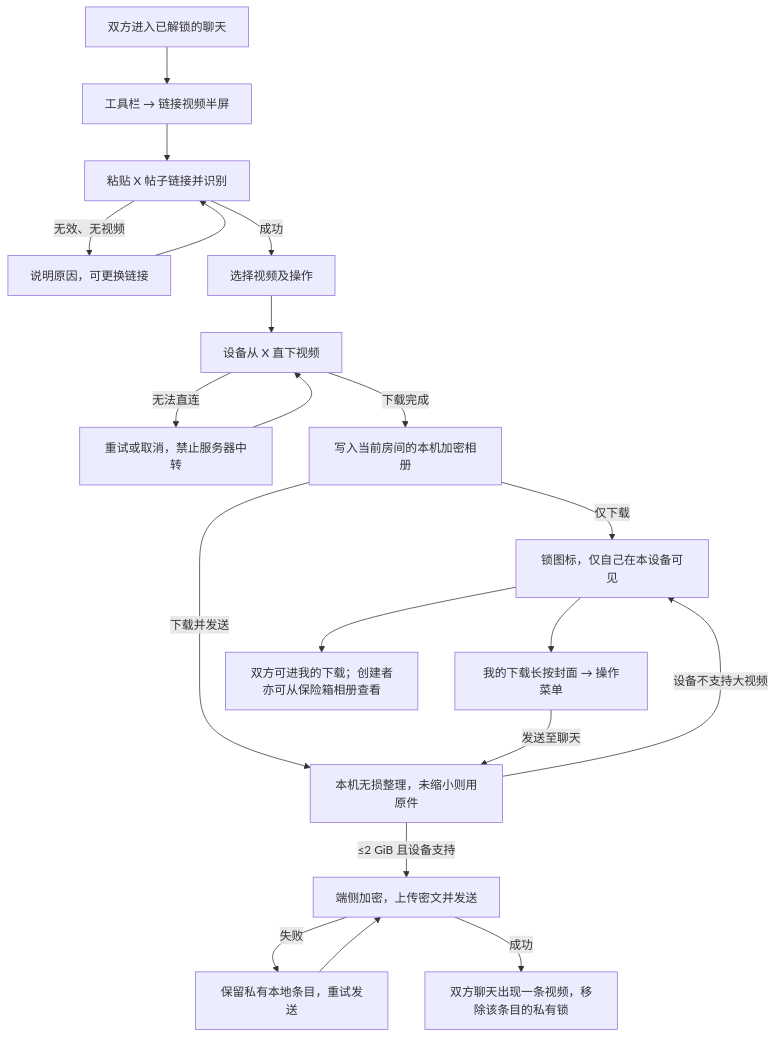
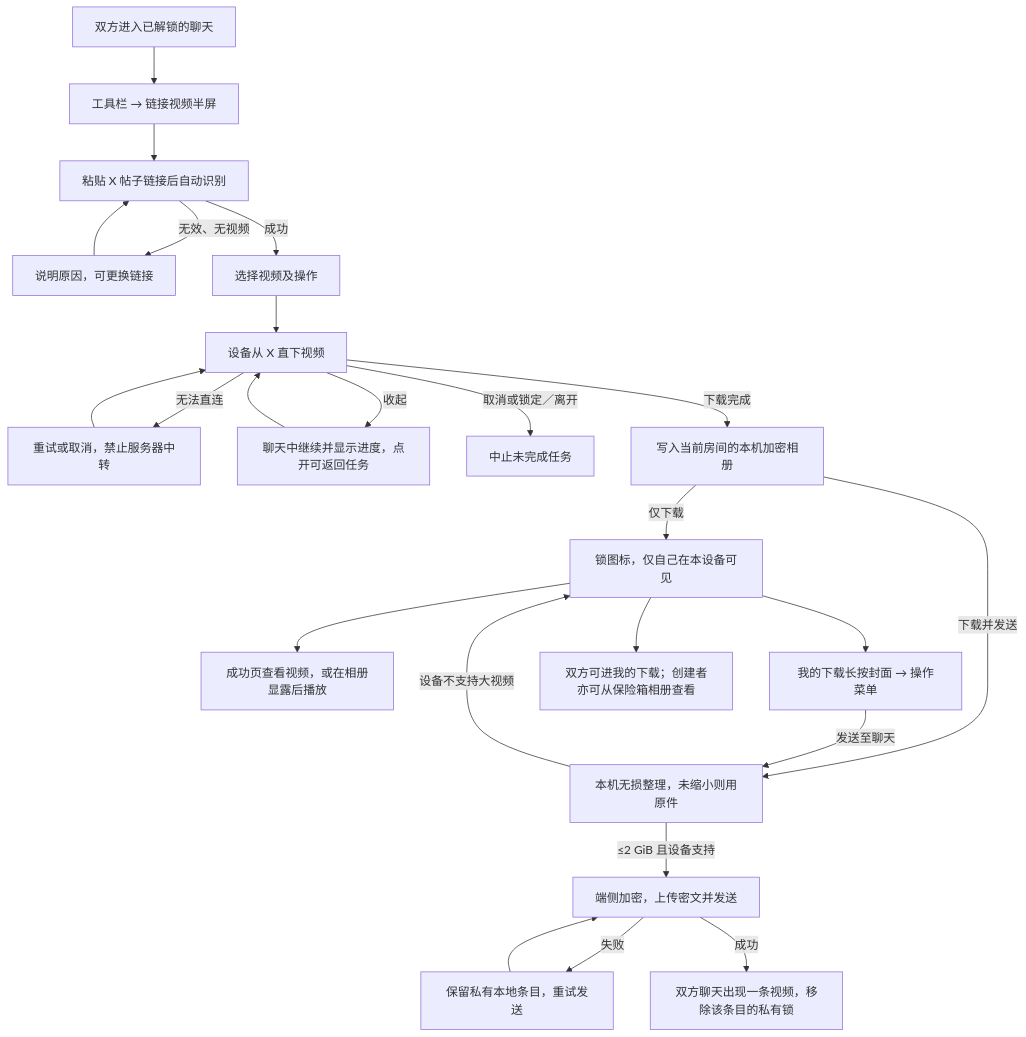
One commit to zdaiwmm/shui-IM changed the diagram in docs/requirements/2026-11-04-x-video-local-album/flow.md. Above: the diagram before and after it, drawn with Mermaid. The commit also changed other lines of this file and 3 other files, not shown here.

Commit message:
Prototype the revised local video download flow for review

````diff
--- a/docs/requirements/2026-11-04-x-video-local-album/flow.md
+++ b/docs/requirements/2026-11-04-x-video-local-album/flow.md
@@ -2,22 +2,26 @@
 ```mermaid
 flowchart TD
   entry["双方进入已解锁的聊天"] --> tool["工具栏 → 链接视频半屏"]
-  tool --> resolve["粘贴 X 帖子链接并识别"]
+  tool --> resolve["粘贴 X 帖子链接后自动识别"]
   resolve -->|"无效、无视频"| correct["说明原因，可更换链接"]
   correct --> resolve
   resolve -->|"成功"| selectClip["选择视频及操作"]
   selectClip --> direct["设备从 X 直下视频"]
   direct -->|"无法直连"| retry["重试或取消，禁止服务器中转"]
   retry --> direct
+  direct -->|"收起"| compact["聊天中继续并显示进度，点开可返回任务"]
+  compact --> direct
+  direct -->|"取消或锁定／离开"| stop["中止未完成任务"]
   direct -->|"下载完成"| local["写入当前房间的本机加密相册"]
   local -->|"仅下载"| privateAlbum["锁图标，仅自己在本设备可见"]
   local -->|"下载并发送"| pack["本机无损整理，未缩小则用原件"]
   pack -->|"设备不支持大视频"| privateAlbum
   pack -->|"≤2 GiB 且设备支持"| send["端侧加密，上传密文并发送"]
   send -->|"失败"| retrySend["保留私有本地条目，重试发送"]
   retrySend --> send
   send -->|"成功"| shared["双方聊天出现一条视频，移除该条目的私有锁"]
+  privateAlbum --> preview["成功页查看视频，或在相册显露后播放"]
   privateAlbum --> hold["我的下载长按封面 → 操作菜单"]
   hold -->|"发送至聊天"| pack
   privateAlbum --> view["双方可进我的下载；创建者亦可从保险箱相册查看"]
 ```
````
